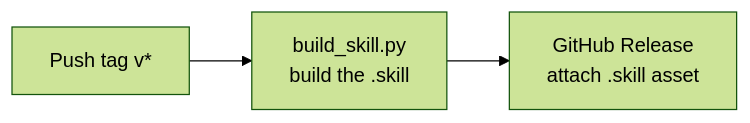
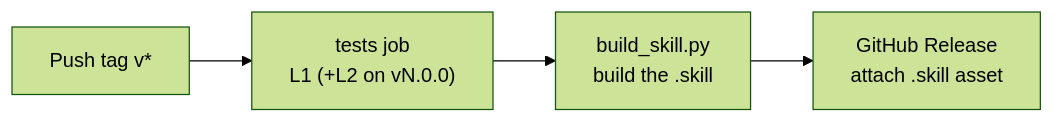
The third of 3 diagrams in docs/ci-cd.md (David-BS/candidate-suite), drawn with Mermaid (forest theme) before and after one commit. The commit also changed other lines of this file and 3 other files, not shown here.

````diff
--- a/docs/ci-cd.md
+++ b/docs/ci-cd.md
@@ -66,4 +67,4 @@
 ```mermaid
 flowchart LR
-    T["Push tag v*"] --> B["build_skill.py<br/>build the .skill"] --> R["GitHub Release<br/>attach .skill asset"]
+    T["Push tag v*"] --> TS["tests job<br/>L1 (+L2 on vN.0.0)"] --> B["build_skill.py<br/>build the .skill"] --> R["GitHub Release<br/>attach .skill asset"]
 ```
````
